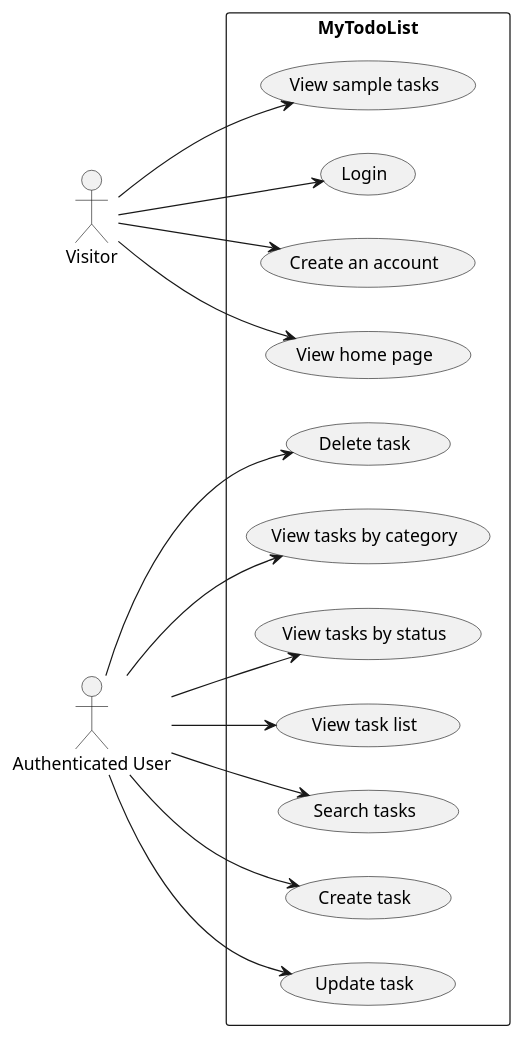
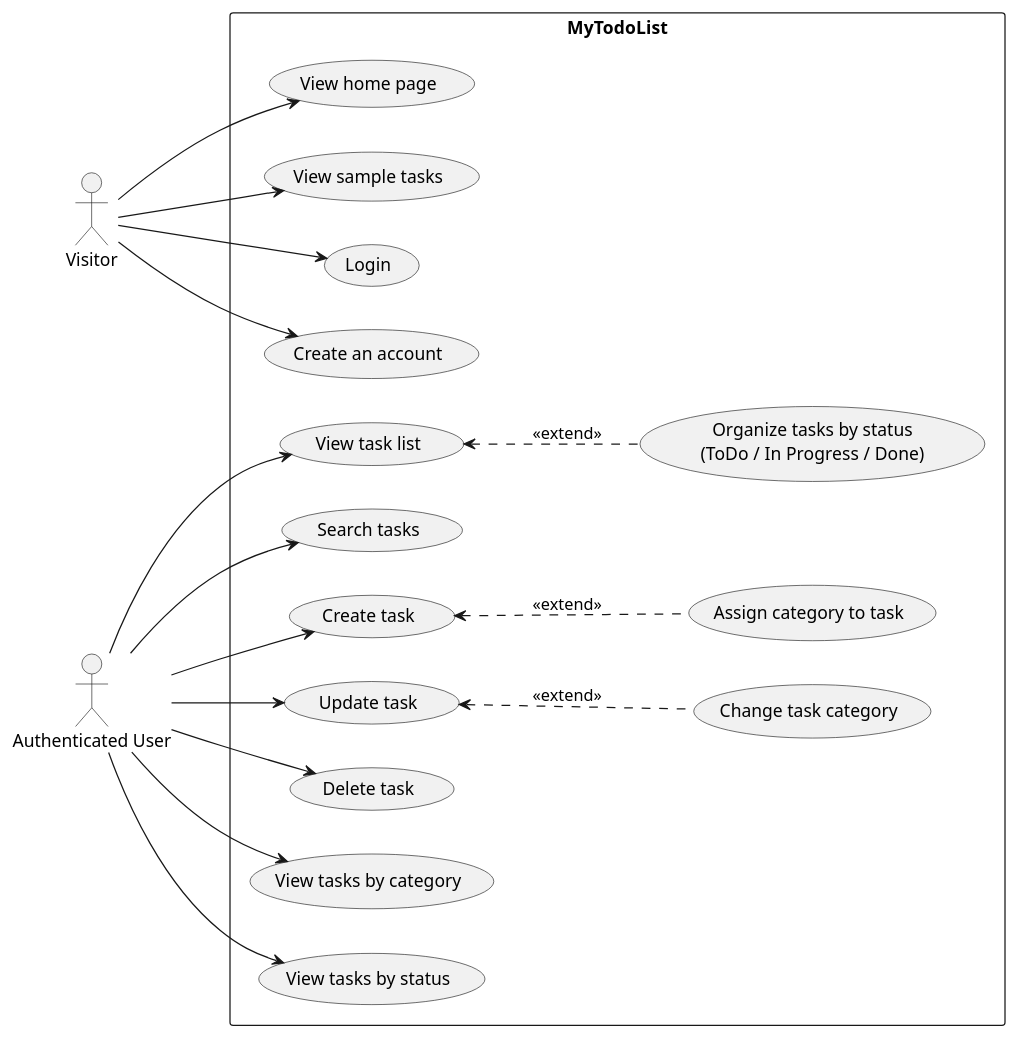
Before and after one commit to iassine4/MyTodoApp: the diagram in docs/uml/use-case.puml, drawn with PlantUML.

Commit message:
edit use case diagram

```diff
--- a/docs/uml/use-case.puml
+++ b/docs/uml/use-case.puml
@@ -1,34 +1,41 @@
 @startuml
 left to right direction
 
 actor Visitor
 actor "Authenticated User" as User
 
 rectangle MyTodoList {
   usecase "View home page" as UC1
   usecase "View sample tasks" as UC2
   usecase "Login" as UC3
 
   usecase "View task list" as UC4
   usecase "Search tasks" as UC5
   usecase "Create task" as UC6
   usecase "Update task" as UC7
   usecase "Delete task" as UC8
   usecase "View tasks by category" as UC9
   usecase "View tasks by status" as UC10
   usecase "Create an account" as UC11
+  usecase "Assign category to task" as UC12
+  usecase "Change task category" as UC13
+  usecase "Organize tasks by status\n(ToDo / In Progress / Done)" as UC14
 }
 
 Visitor --> UC1
 Visitor --> UC2
 Visitor --> UC3
 Visitor --> UC11
 
 User --> UC4
 User --> UC5
 User --> UC6
 User --> UC7
 User --> UC8
 User --> UC9
 User --> UC10
+
+UC6 <.. UC12 : <<extend>>
+UC7 <.. UC13 : <<extend>>
+UC4 <.. UC14 : <<extend>>
 @enduml
```
